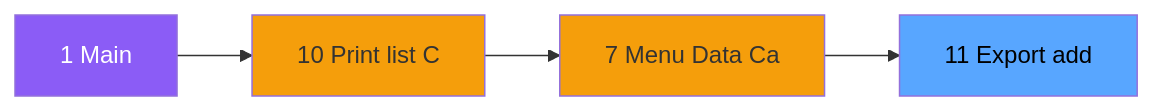
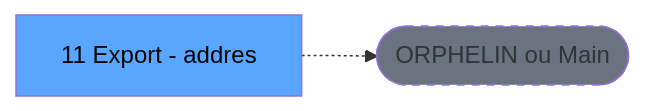
Before and after one commit to thonyAGP/lecteur-magic: the second of 3 diagrams in .openspec/specs/ADH-IDE-11.md, drawn with Mermaid. The commit also changed other lines of this file and 701 other files, not shown here.

````diff
--- a/.openspec/specs/ADH-IDE-11.md
+++ b/.openspec/specs/ADH-IDE-11.md
@@ -117,14 +119,8 @@
 ```mermaid
 graph LR
-    M[1 Main]
-    N10[10 Print list C]
-    N7[7 Menu Data Ca]
-    T[11 Export   add]
-    M --> N10
-    N10 --> N7
-    N7 --> T
-    style M fill:#8b5cf6,color:#fff
-    style N10 fill:#f59e0b
-    style N7 fill:#f59e0b
+    T[11 Export - addres]
+    ORPHAN([ORPHELIN ou Main])
+    T -.-> ORPHAN
     style T fill:#58a6ff,color:#000
+    style ORPHAN fill:#6b7280,stroke-dasharray: 5 5
 ```
````
